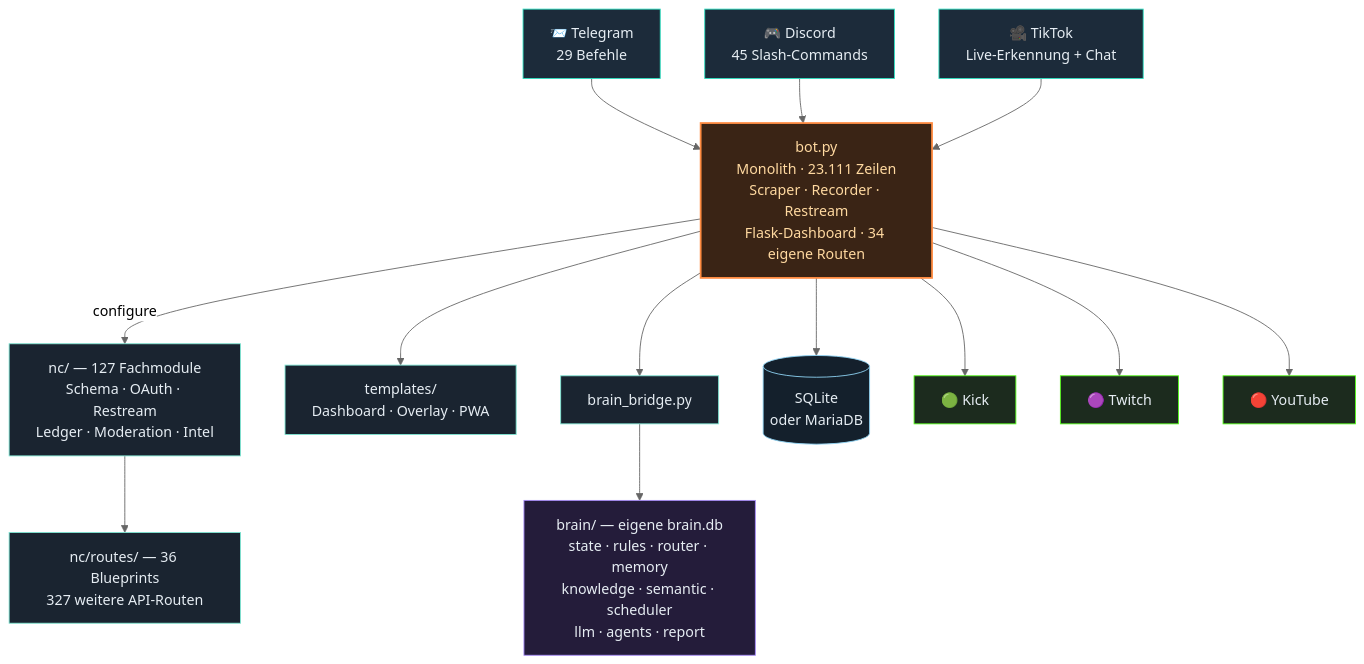
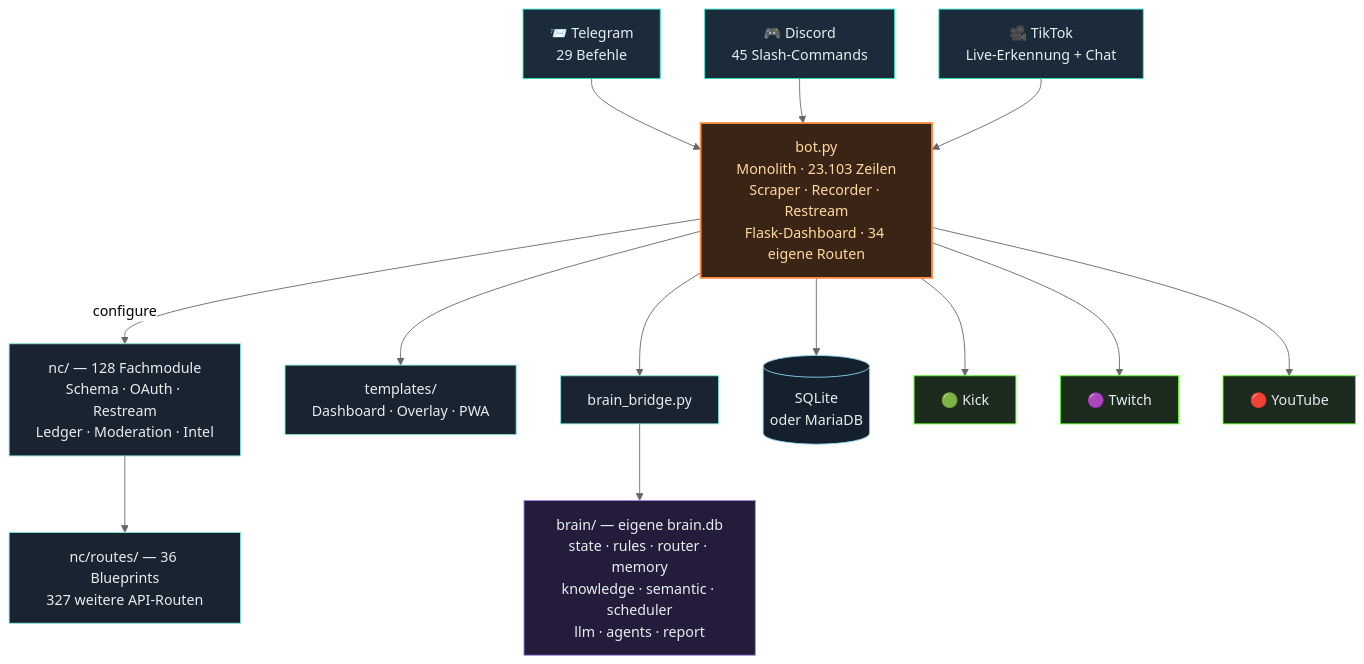
One commit to itsamemedev/Telegram-Stream-Info-Bot changed the third of 4 diagrams in README.md. Above: the diagram before and after it, drawn with Mermaid (neutral theme). The commit also changed other lines of this file and 9 other files, not shown here.

````diff
--- a/README.md
+++ b/README.md
@@ -189,30 +189,30 @@
 ```mermaid
 flowchart TB
     TG["📨 Telegram<br/>29 Befehle"]:::ein
     DC["🎮 Discord<br/>45 Slash-Commands"]:::ein
     TT["🎥 TikTok<br/>Live-Erkennung + Chat"]:::ein
 
     TG --> BOT
     DC --> BOT
     TT --> BOT
 
-    BOT["bot.py<br/>Monolith · 23.111 Zeilen<br/>Scraper · Recorder · Restream<br/>Flask-Dashboard · 34 eigene Routen"]:::core
+    BOT["bot.py<br/>Monolith · 23.103 Zeilen<br/>Scraper · Recorder · Restream<br/>Flask-Dashboard · 34 eigene Routen"]:::core
 
-    BOT -->|configure| NC["nc/ — 127 Fachmodule<br/>Schema · OAuth · Restream<br/>Ledger · Moderation · Intel"]:::lib
+    BOT -->|configure| NC["nc/ — 128 Fachmodule<br/>Schema · OAuth · Restream<br/>Ledger · Moderation · Intel"]:::lib
     NC --> RT["nc/routes/ — 36 Blueprints<br/>327 weitere API-Routen"]:::lib
     BOT --> TPL["templates/<br/>Dashboard · Overlay · PWA"]:::lib
     BOT --> BR["brain_bridge.py"]:::lib
     BR --> BRAIN["brain/ — eigene brain.db<br/>state · rules · router · memory<br/>knowledge · semantic · scheduler<br/>llm · agents · report"]:::brain
     BOT --> DB[("SQLite<br/>oder MariaDB")]:::db
 
     BOT --> KICK["🟢 Kick"]:::out
     BOT --> TW["🟣 Twitch"]:::out
     BOT --> YT["🔴 YouTube"]:::out
 
     classDef ein fill:#1c2b3a,stroke:#2de1c2,color:#e6edf3
     classDef core fill:#3a2415,stroke:#ff8c42,stroke-width:2px,color:#ffd9a0
     classDef lib fill:#1a2430,stroke:#7fe7d4,color:#e6edf3
     classDef brain fill:#241c3a,stroke:#a78bfa,color:#e6edf3
     classDef db fill:#14202c,stroke:#8fd3f4,color:#e6edf3
     classDef out fill:#1c2b1e,stroke:#53fc18,color:#e6edf3
 ```
````
